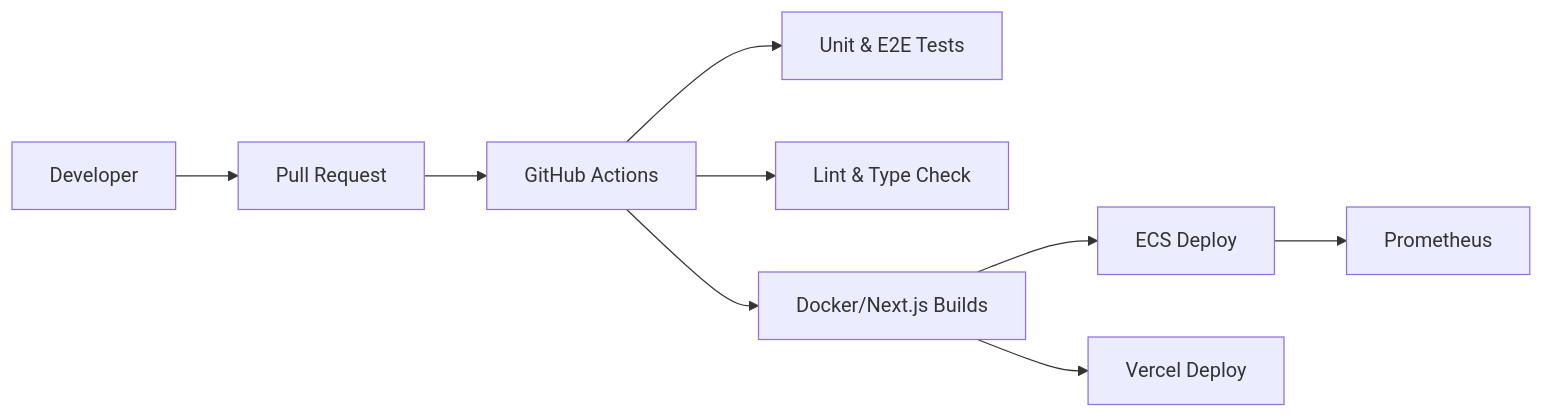
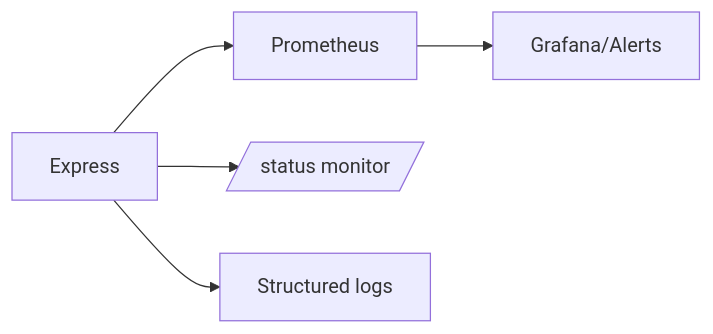
One commit to joonseolee/EstateWise-Chapel-Hill-Chatbot changed diagram 19 of 20 in ARCHITECTURE.md. Above: the diagram before and after it, drawn with Mermaid. The commit also changed other lines of this file and 5 other files, not shown here.

Commit message:
feat(ui-api): enhance app UI and integrate Neo4j graph DB to app

````diff
--- a/ARCHITECTURE.md
+++ b/ARCHITECTURE.md
@@ -172,11 +425,7 @@
 ```mermaid
 flowchart LR
-    Dev[Developer] --> PR[Pull Request]
-    PR --> Actions[GitHub Actions]
-    Actions --> Test[Unit & E2E Tests]
-    Actions --> Lint[Lint & Type Check]
-    Actions --> Build[Docker/Next.js Builds]
-    Build --> DeployECS[ECS Deploy]
-    Build --> DeployVercel[Vercel Deploy]
-    DeployECS --> Monitor[Prometheus]
+  API[Express] --> Metrics[Prometheus]
+  API --> Status[/status monitor/]
+  API --> Logs[Structured logs]
+  Metrics --> Dash[Grafana/Alerts]
 ```
````
